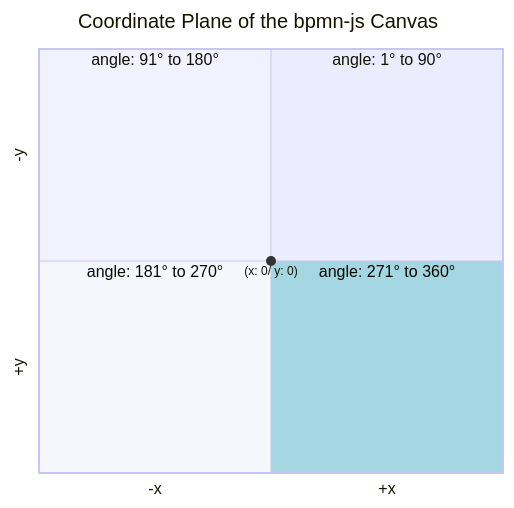
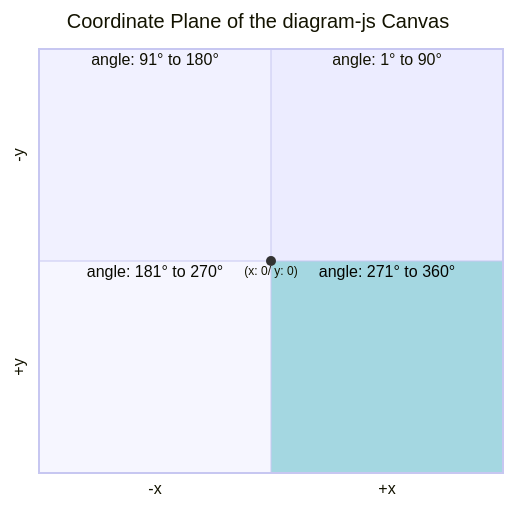
One commit to WPS/egon.io changed the fifth of 5 diagrams in architecture.md. Above: the diagram before and after it, drawn with Mermaid. The commit also changed other lines of this file, not shown here.

````diff
--- a/architecture.md
+++ b/architecture.md
@@ -327,12 +323,12 @@
 ```mermaid
 %%{init: {"themeVariables": {"quadrant4Fill": "#a4d7e1"} }}%%
 quadrantChart
-    title Coordinate Plane of the bpmn-js Canvas
+    title Coordinate Plane of the diagram-js Canvas
     x-axis "-x" --> "+x"
     y-axis "+y" --> "-y"
     quadrant-1 "angle: 1° to 90°"
     quadrant-2 "angle: 91° to 180°"
     quadrant-3 "angle: 181° to 270°"
     quadrant-4 "angle: 271° to 360°"
     "(x: 0/ y: 0)": [0.5, 0.5]
 ```    
````
